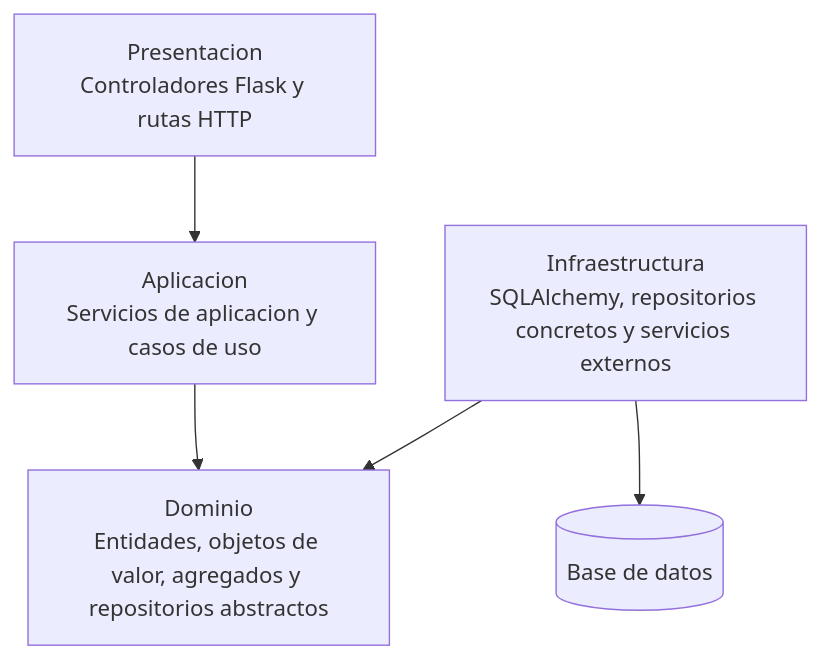
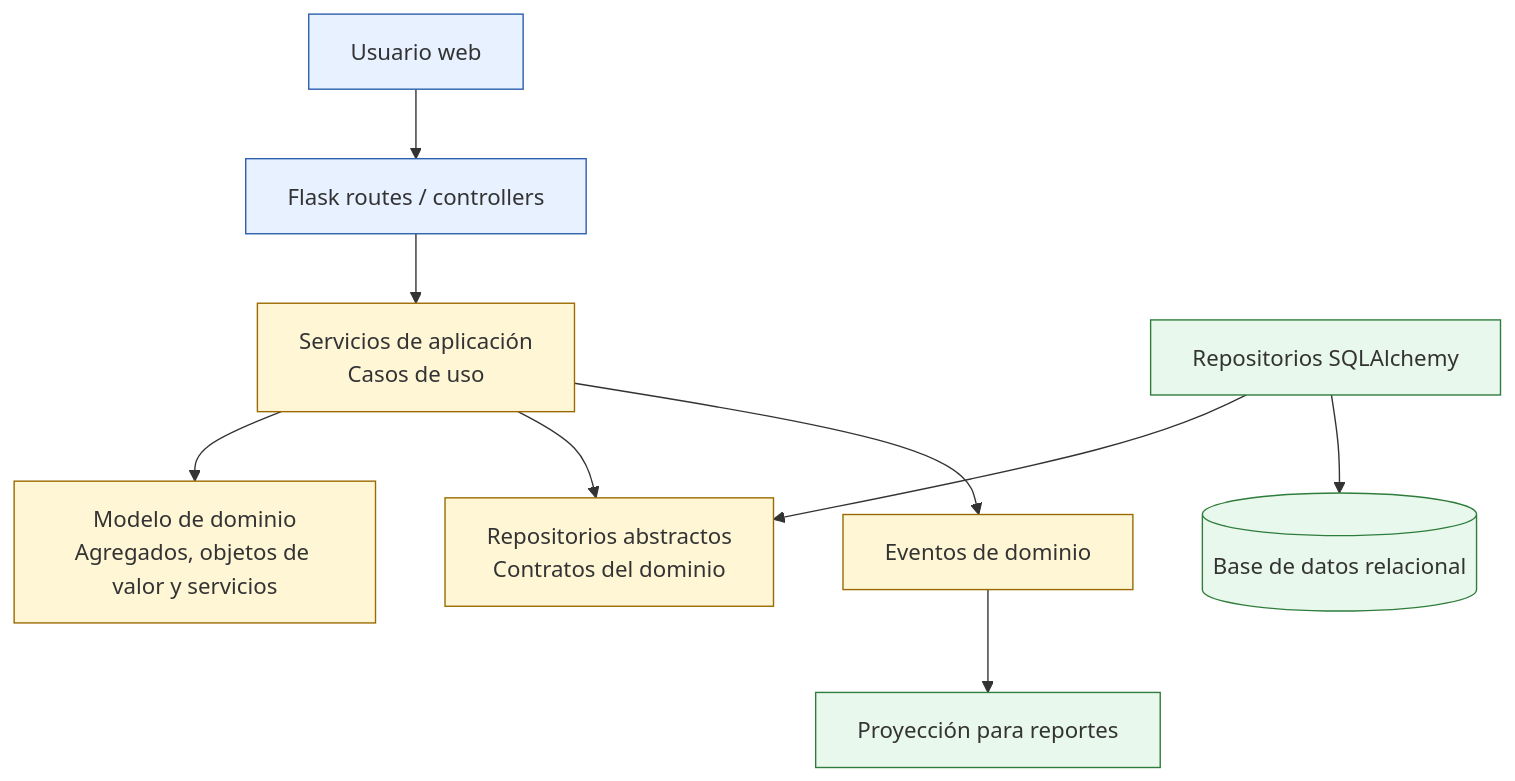
One commit to javierRock/SoftwareTextil changed the sixth of 9 diagrams in README.md. Above: the diagram before and after it, drawn with Mermaid. The commit also changed other lines of this file and 5 other files, not shown here.

Commit message:
docs: mejorar README y diagramas DDD

````diff
--- a/README.md
+++ b/README.md
@@ -321,13 +474,19 @@
 ```mermaid
 flowchart TD
-    Presentacion["Presentacion\nControladores Flask y rutas HTTP"]
-    Aplicacion["Aplicacion\nServicios de aplicacion y casos de uso"]
-    Dominio["Dominio\nEntidades, objetos de valor, agregados y repositorios abstractos"]
-    Infraestructura["Infraestructura\nSQLAlchemy, repositorios concretos y servicios externos"]
-    BaseDatos[("Base de datos")]
+    UsuarioWeb["Usuario web"] --> Flask["Flask routes / controllers"]
+    Flask --> AppServices["Servicios de aplicación\nCasos de uso"]
+    AppServices --> DomainModel["Modelo de dominio\nAgregados, objetos de valor y servicios"]
+    AppServices --> Ports["Repositorios abstractos\nContratos del dominio"]
+    SQLA["Repositorios SQLAlchemy"] --> Ports
+    SQLA --> DB[("Base de datos relacional")]
+    AppServices --> Events["Eventos de dominio"]
+    Events --> Reports["Proyección para reportes"]
 
-    Presentacion --> Aplicacion
-    Aplicacion --> Dominio
-    Infraestructura --> Dominio
-    Infraestructura --> BaseDatos
+    classDef outer fill:#e8f1ff,stroke:#2b5fab,stroke-width:1px
+    classDef core fill:#fff6d6,stroke:#9a6a00,stroke-width:1px
+    classDef infra fill:#e9f8ec,stroke:#2f7d3c,stroke-width:1px
+
+    class UsuarioWeb,Flask outer
+    class AppServices,DomainModel,Ports,Events core
+    class SQLA,DB,Reports infra
 ```
````
